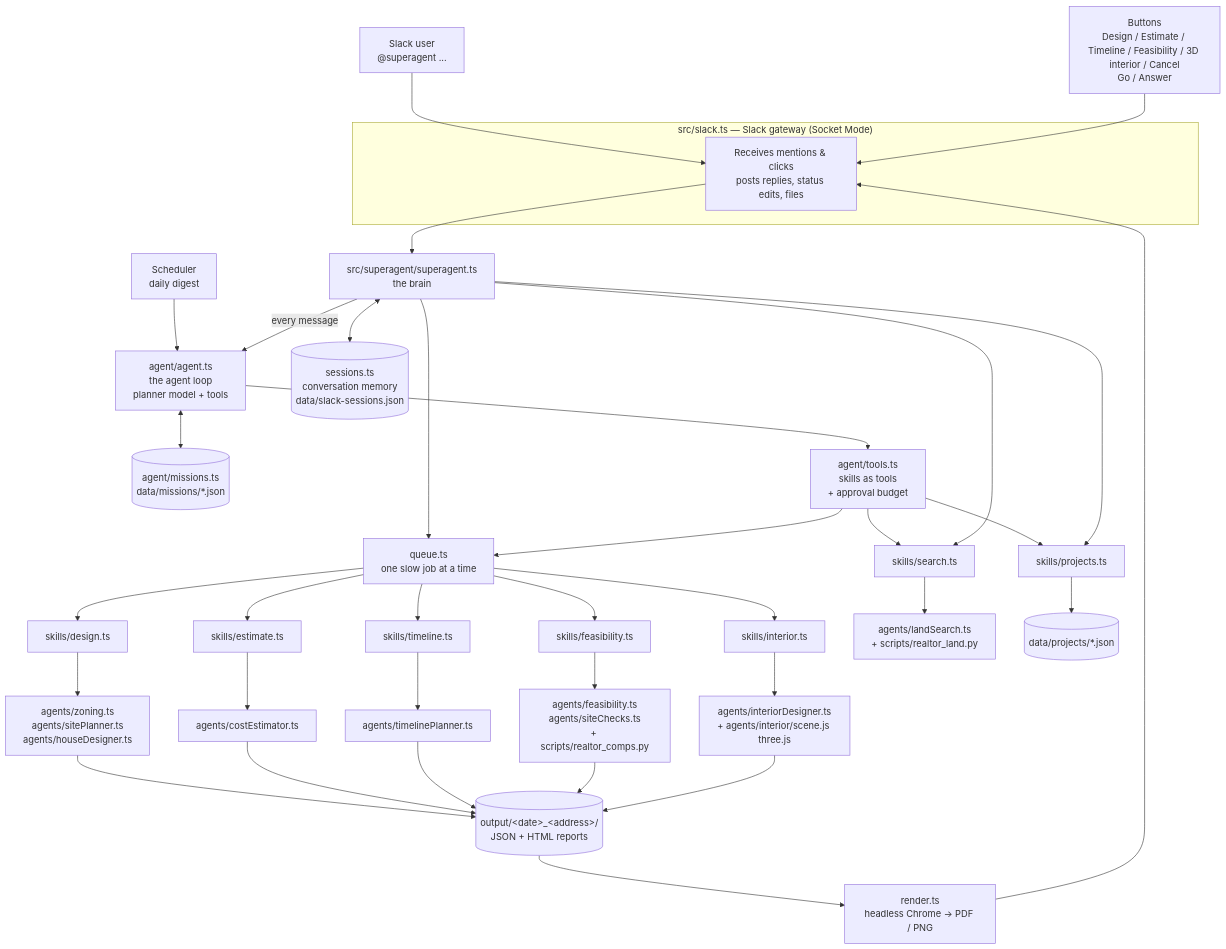
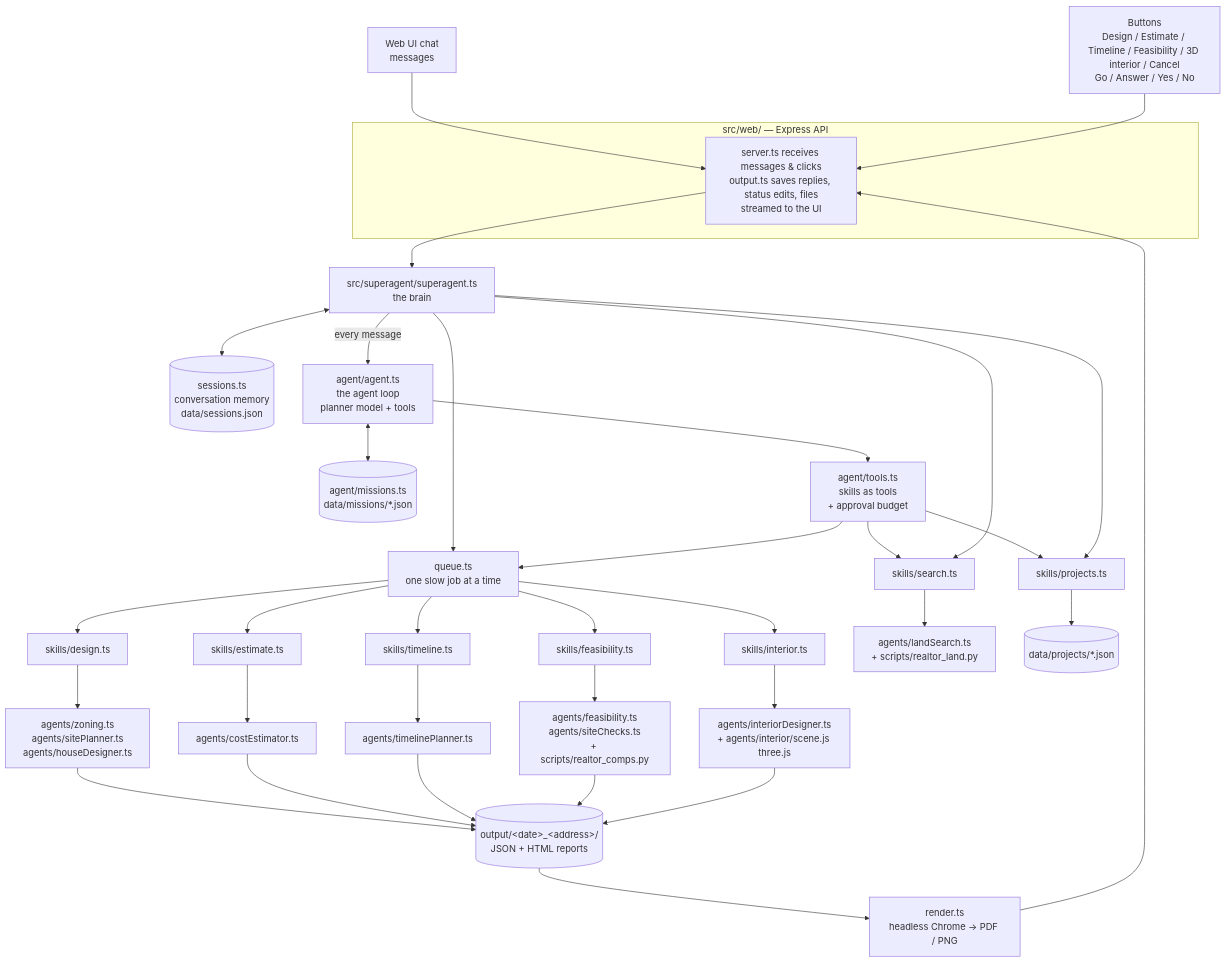
Before and after one commit to strapidinnovation/construction-agent: the diagram in README.md, drawn with Mermaid. The commit also changed other lines of this file and 33 other files, not shown here.

````diff
--- a/README.md
+++ b/README.md
@@ -49,39 +50,38 @@
 ```mermaid
 flowchart TB
-  U[Slack user<br/>@superagent ...] --> G
-  B[Buttons<br/>Design / Estimate / Timeline / Feasibility / 3D interior / Cancel<br/>Go / Answer] --> G
-  T[Scheduler<br/>daily digest] --> AG
+  U[Web UI chat<br/>messages] --> G
+  B[Buttons<br/>Design / Estimate / Timeline / Feasibility / 3D interior / Cancel<br/>Go / Answer / Yes / No] --> G
 
-  subgraph Bot["src/slack.ts — Slack gateway (Socket Mode)"]
-    G[Receives mentions & clicks<br/>posts replies, status edits, files]
+  subgraph Web["src/web/ — Express API"]
+    G[server.ts receives messages & clicks<br/>output.ts saves replies, status edits, files<br/>streamed to the UI]
   end
 
   G --> S[src/superagent/superagent.ts<br/>the brain]
-  S <--> M[(sessions.ts<br/>conversation memory<br/>data/slack-sessions.json)]
+  S <--> M[(sessions.ts<br/>conversation memory<br/>data/sessions.json)]
   S --> Q[queue.ts<br/>one slow job at a time]
   S -->|every message| AG[agent/agent.ts<br/>the agent loop<br/>planner model + tools]
   AG <--> MI[(agent/missions.ts<br/>data/missions/*.json)]
   AG --> TL[agent/tools.ts<br/>skills as tools<br/>+ approval budget]
   TL --> K1 & K6
   TL --> Q
 
   S --> K1[skills/search.ts]
   S --> K6[skills/projects.ts]
   Q --> K2[skills/design.ts]
   Q --> K3[skills/estimate.ts]
   Q --> K4[skills/timeline.ts]
   Q --> K5[skills/feasibility.ts]
   Q --> K7[skills/interior.ts]
 
   K1 --> A1[agents/landSearch.ts<br/>+ scripts/realtor_land.py]
   K2 --> A2[agents/zoning.ts<br/>agents/sitePlanner.ts<br/>agents/houseDesigner.ts]
   K3 --> A3[agents/costEstimator.ts]
   K4 --> A4[agents/timelinePlanner.ts]
   K5 --> A5[agents/feasibility.ts<br/>agents/siteChecks.ts<br/>+ scripts/realtor_comps.py]
   K6 --> D1[(data/projects/*.json)]
   K7 --> A7[agents/interiorDesigner.ts<br/>+ agents/interior/scene.js three.js]
 
   A2 & A3 & A4 & A5 & A7 --> O[(output/&lt;date&gt;_&lt;address&gt;/<br/>JSON + HTML reports)]
   O --> P[render.ts<br/>headless Chrome → PDF / PNG]
   P --> G
 ```
````
